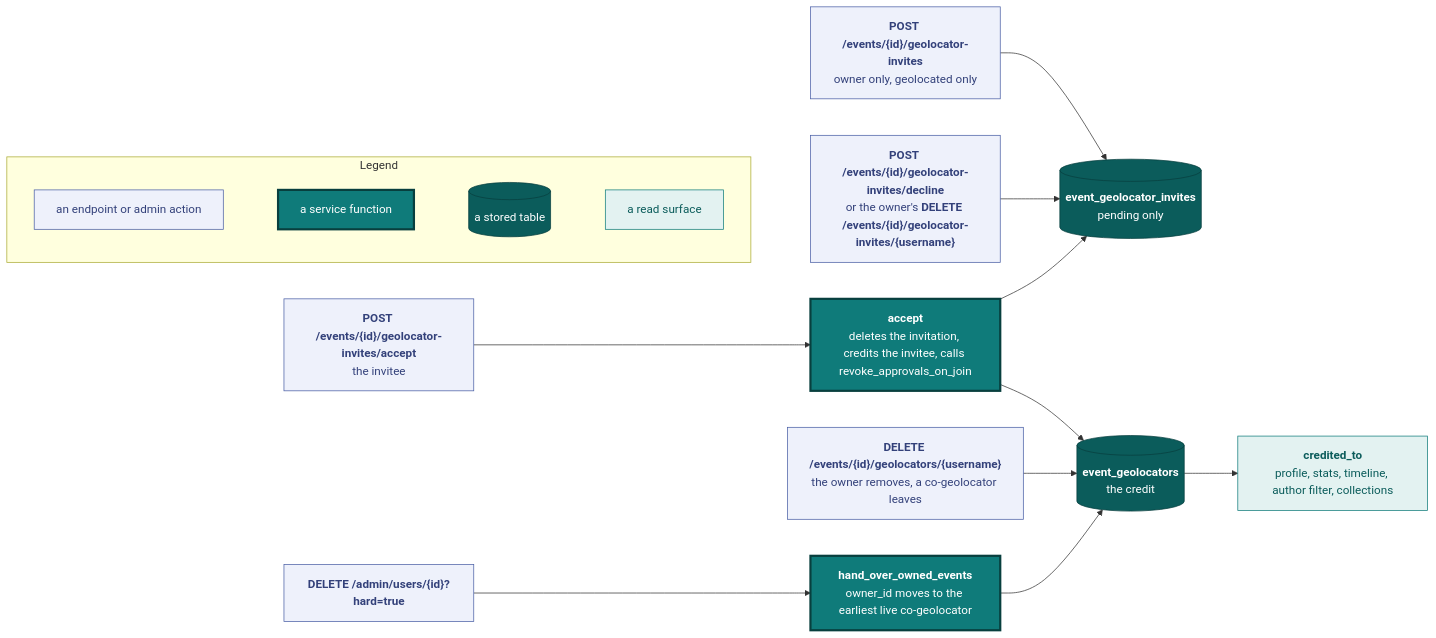
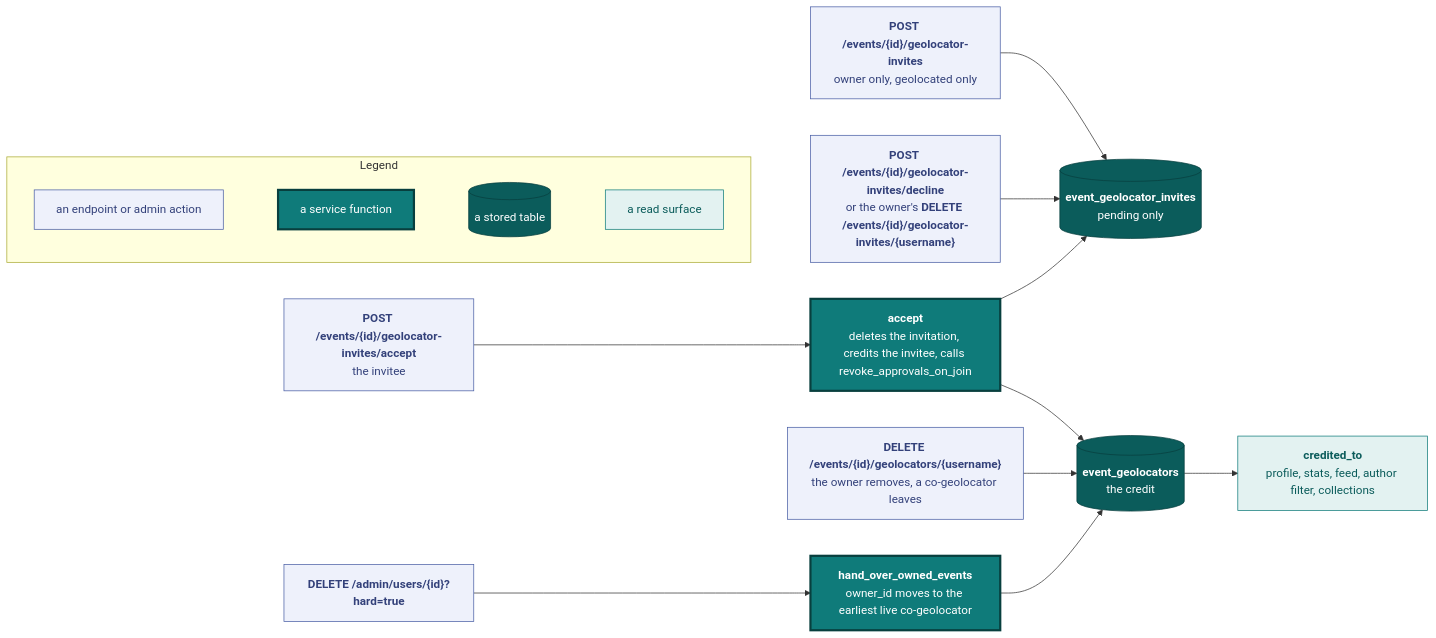
The third of 8 diagrams in docs/api.md (vidithq/vidit), drawn with Mermaid before and after one commit. The commit also changed other lines of this file and 26 other files, not shown here.

First line of the commit message:
feat: rename the timeline to feed (#585)

````diff
--- a/docs/api.md
+++ b/docs/api.md
@@ -1292,46 +1292,46 @@
 ```mermaid
 flowchart LR
   classDef spec fill:#eef1fb,stroke:#4a5fa5,color:#33417a
   classDef core fill:#0f7b7a,stroke:#083f3e,stroke-width:3px,color:#ffffff
   classDef store fill:#0b5c5b,stroke:#083f3e,color:#ffffff
   classDef shared fill:#e3f2f1,stroke:#0f7b7a,color:#0b5c5b
 
   subgraph legend [Legend]
     direction LR
     l1["`an endpoint or admin action`"]:::spec
     l2["`a service function`"]:::core
     l3[("`a stored table`")]:::store
     l4["`a read surface`"]:::shared
     l1 ~~~ l2 ~~~ l3 ~~~ l4
   end
 
   invite["`**POST /events/{id}/geolocator-invites**
   owner only, geolocated only`"]:::spec
   answer["`**POST /events/{id}/geolocator-invites/accept**
   the invitee`"]:::spec
   drop["`**POST /events/{id}/geolocator-invites/decline**
   or the owner's **DELETE /events/{id}/geolocator-invites/{username}**`"]:::spec
   remove["`**DELETE /events/{id}/geolocators/{username}**
   the owner removes, a co-geolocator leaves`"]:::spec
   erase["`**DELETE /admin/users/{id}?hard=true**`"]:::spec
   accept["`**accept**
   deletes the invitation, credits the invitee, calls revoke_approvals_on_join`"]:::core
   handover["`**hand_over_owned_events**
   owner_id moves to the earliest live co-geolocator`"]:::core
   invites[("`**event_geolocator_invites**
   pending only`")]:::store
   credits[("`**event_geolocators**
   the credit`")]:::store
   credited["`**credited_to**
-  profile, stats, timeline, author filter, collections`"]:::shared
+  profile, stats, feed, author filter, collections`"]:::shared
 
   invite --> invites
   drop --> invites
   answer --> accept
   accept --> invites
   accept --> credits
   remove --> credits
   erase --> handover
   handover --> credits
   credits --> credited
 ```
````
